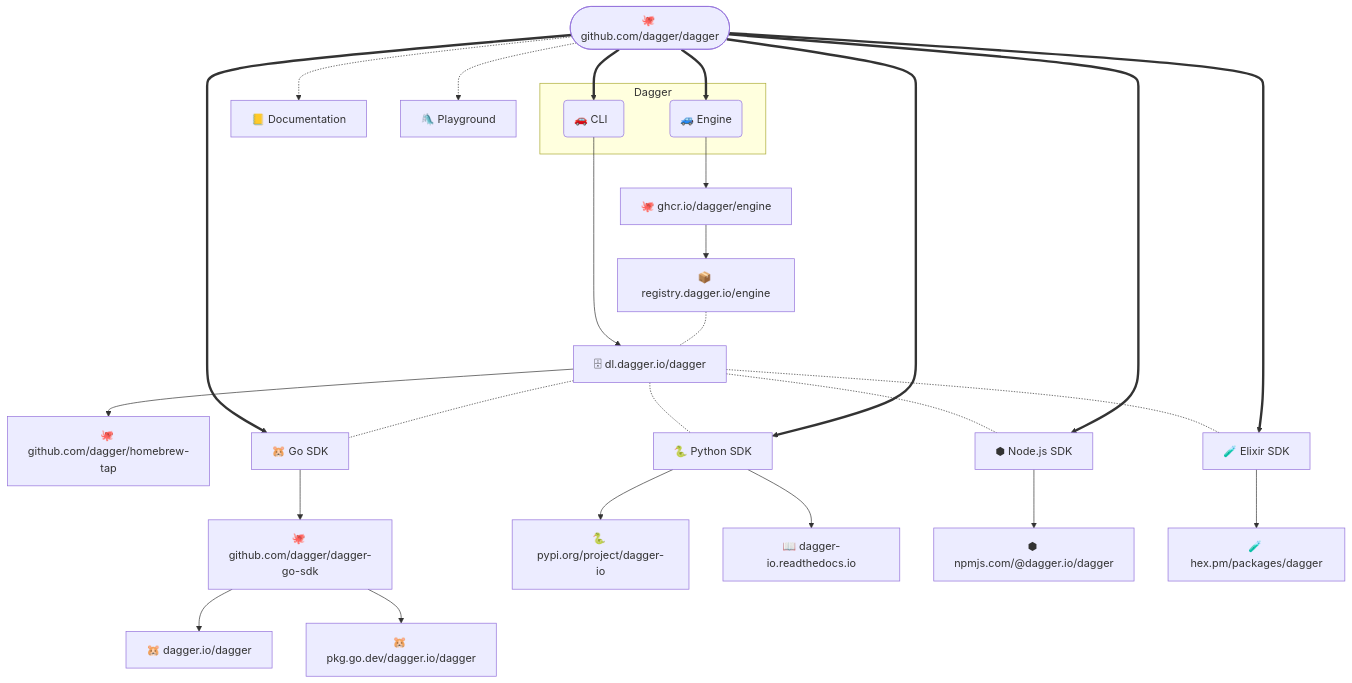
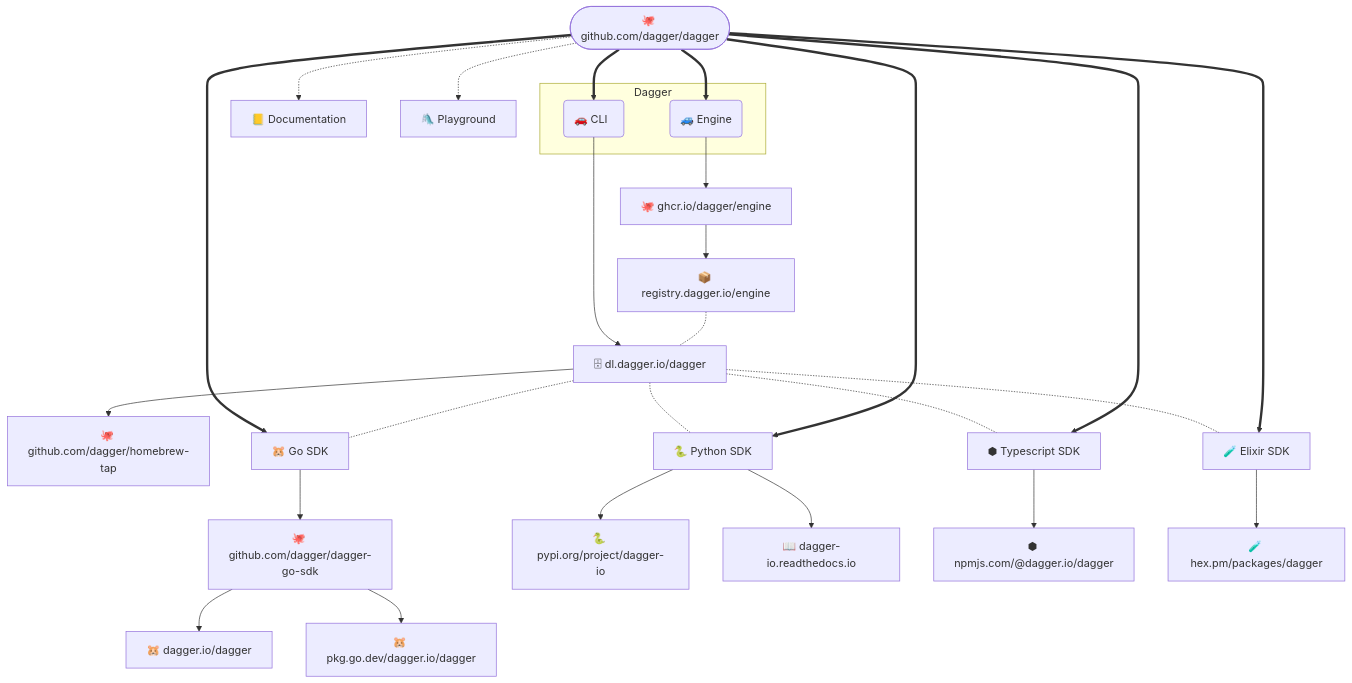
Before and after one commit to dagger/dagger: the diagram in RELEASING.md, drawn with Mermaid. The commit also changed other lines of this file and 141 other files, not shown here.

Commit message:
chore: rename Node.js to Typescript in current doc

````diff
--- a/RELEASING.md
+++ b/RELEASING.md
@@ -15,43 +15,43 @@
 ```mermaid
 flowchart TD
     repo(["🐙 github.com/dagger/dagger"])
     docs["📒 Documentation"]
     playground["🛝 Playground"]
     repo -.-> docs & playground
 
     subgraph Dagger
         engine("🚙 Engine")
         cli("🚗 CLI &nbsp;")
     end
 
     repo ==> engine & cli
 
     S3["🗄 dl.dagger.io/dagger"]
     brew-tap["🐙 github.com/dagger/homebrew-tap"]
     cli --> S3 --> brew-tap
 
     registry["📦 registry.dagger.io/engine"]
     ghcr["🐙 ghcr.io/dagger/engine"]
     engine --> ghcr --> registry
 
     go["🐹 Go SDK"]
     go-repo["🐙 github.com/dagger/dagger-go-sdk"]
     go-pkg["🐹 dagger.io/dagger"]
     go-ref["🐹 pkg.go.dev/dagger.io/dagger"]
 
     repo ==> go --> go-repo --> go-pkg & go-ref
-    registry -.- S3 -.- go & python & nodejs & elixir
+    registry -.- S3 -.- go & python & typescript & elixir
 
     python["🐍 Python SDK"]
     pypi["🐍 pypi.org/project/dagger-io"]
     readthedocs["📖 dagger-io.readthedocs.io"]
     repo ==> python --> pypi & readthedocs
 
-    nodejs["⬢ Node.js SDK"]
+    typescript["⬢ Typescript SDK"]
     npm["⬢ npmjs.com/@dagger.io/dagger"]
-    repo ==> nodejs --> npm
+    repo ==> typescript --> npm
 
     elixir["🧪 Elixir SDK"]
     hex["🧪 hex.pm/packages/dagger"]
     repo ==> elixir --> hex
 ```
````
